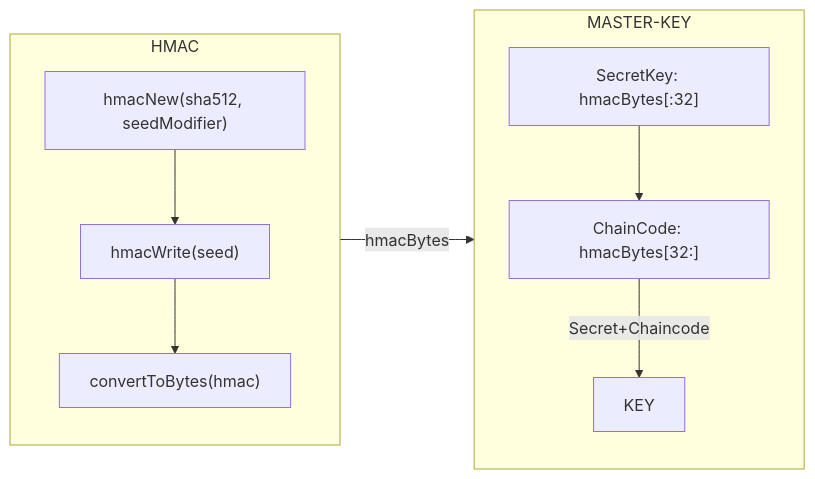
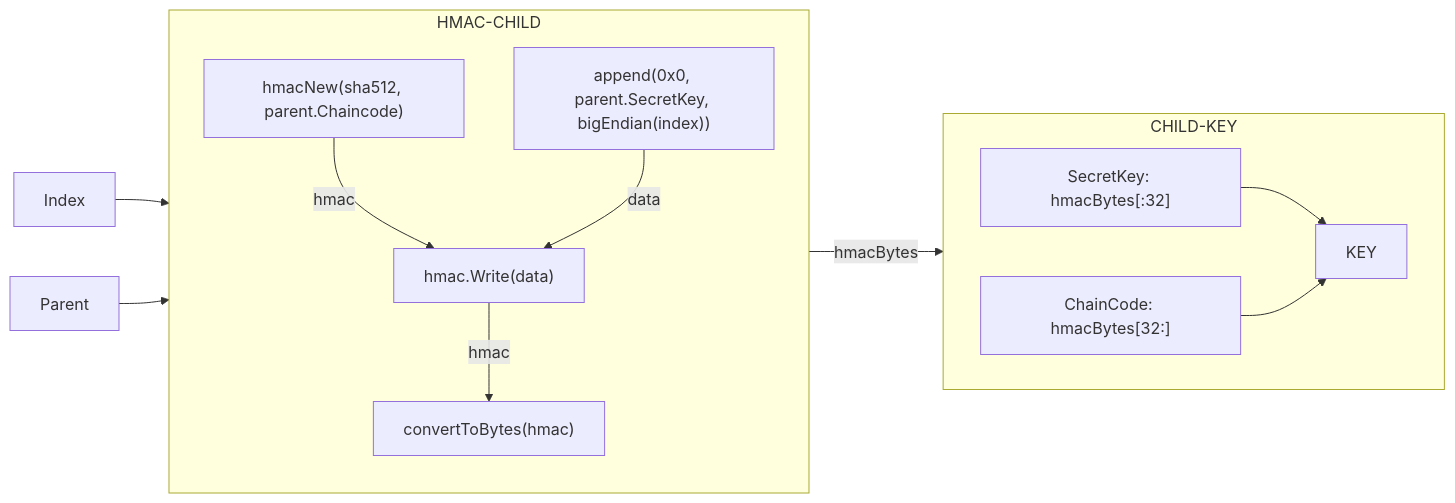
One commit to pokt-network/pocket changed the third of 4 diagrams in shared/crypto/README.md. Above: the diagram before and after it, drawn with Mermaid. The commit also changed other lines of this file, not shown here.

Commit message:
Update graphs

````diff
--- a/shared/crypto/README.md
+++ b/shared/crypto/README.md
@@ -114,17 +114,23 @@
 ```mermaid
 flowchart LR
-    subgraph HMAC
+    subgraph HCHILD["HMAC-CHILD"]
         direction TB
-        A["hmacNew(sha512, seedModifier)"]
-        B["hmacWrite(seed)"]
-        C["convertToBytes(hmac)"]
-        A-->B-->C
+        C["append(0x0, parent.SecretKey, bigEndian(index))"]
+        A["hmacNew(sha512, parent.Chaincode)"]
+        B["hmac.Write(data)"]
+        D["convertToBytes(hmac)"]
+        A--hmac-->B
+        C--data-->B
+        B--hmac-->D
     end
-    subgraph MASTER-KEY
-        direction TB
-        D["SecretKey: hmacBytes[:32]"]
-        E["ChainCode: hmacBytes[32:]"]
-        D --> E --Secret+Chaincode--> KEY
+    subgraph CKEY[CHILD-KEY]
+        direction LR
+        F["SecretKey: hmacBytes[:32]"]
+        G["ChainCode: hmacBytes[32:]"]
+        F --> KEY
+        G --> KEY
     end
-    HMAC--hmacBytes-->MASTER-KEY
+    Index-->HCHILD
+    Parent-->HCHILD
+    HCHILD--hmacBytes-->CKEY
 ```
````
